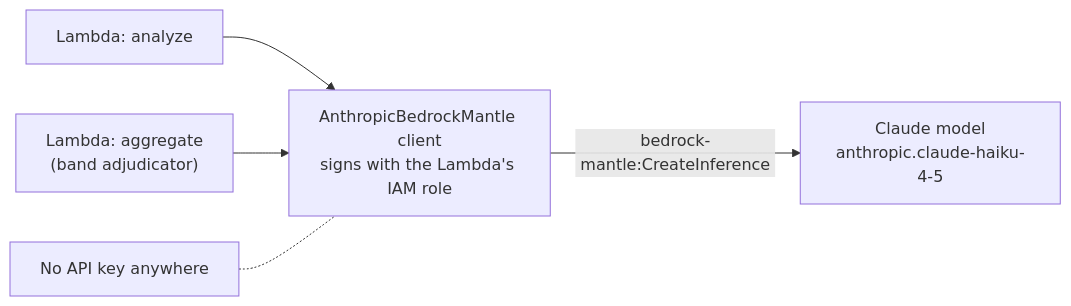
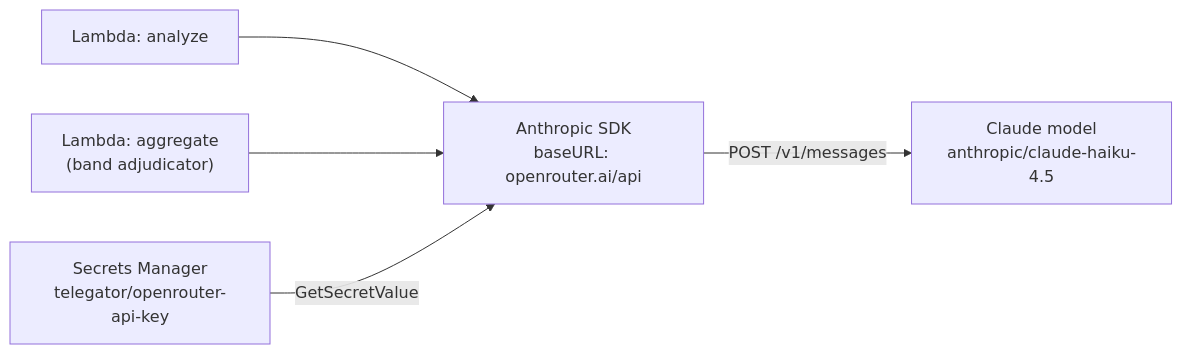
The ninth of 16 diagrams in docs/learning.md (alitskevich/telegator), drawn with Mermaid before and after one commit. The commit also changed other lines of this file and 35 other files, not shown here.

````diff
--- a/docs/learning.md
+++ b/docs/learning.md
@@ -436,7 +437,7 @@
 ```mermaid
 flowchart LR
-  An["Lambda: analyze"] --> C["AnthropicBedrockMantle client<br/>signs with the Lambda's IAM role"]
+  An["Lambda: analyze"] --> C["Anthropic SDK<br/>baseURL: openrouter.ai/api"]
   Ag2["Lambda: aggregate<br/>(band adjudicator)"] --> C
-  C -->|"bedrock-mantle:CreateInference"| M["Claude model<br/>anthropic.claude-haiku-4-5"]
-  X["No API key anywhere"] -.- C
+  S["Secrets Manager<br/>telegator/openrouter-api-key"] -->|"GetSecretValue"| C
+  C -->|"POST /v1/messages"| M["Claude model<br/>anthropic/claude-haiku-4.5"]
 ```
````
